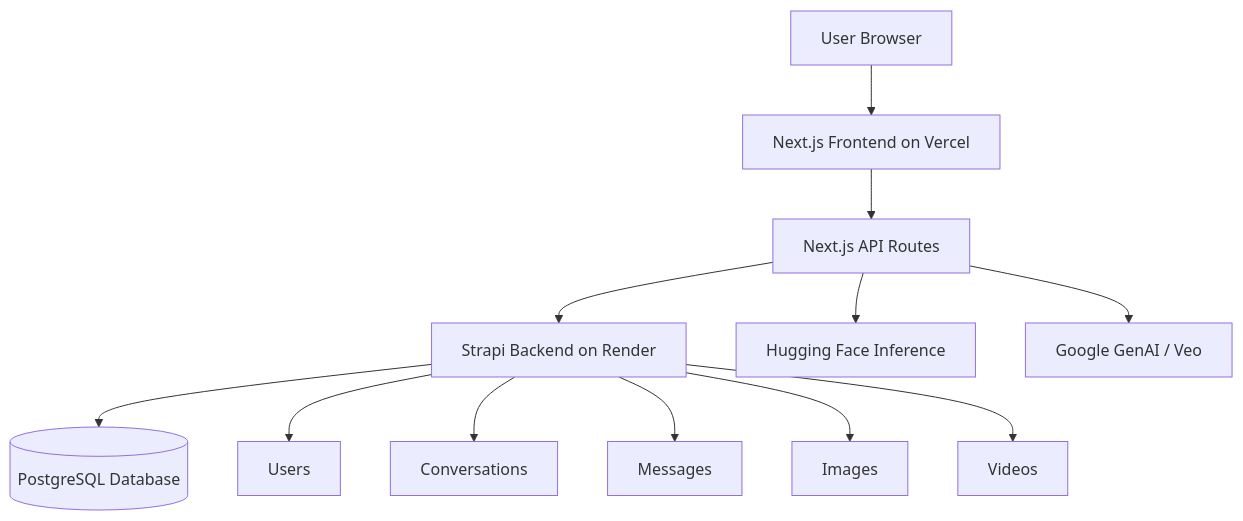
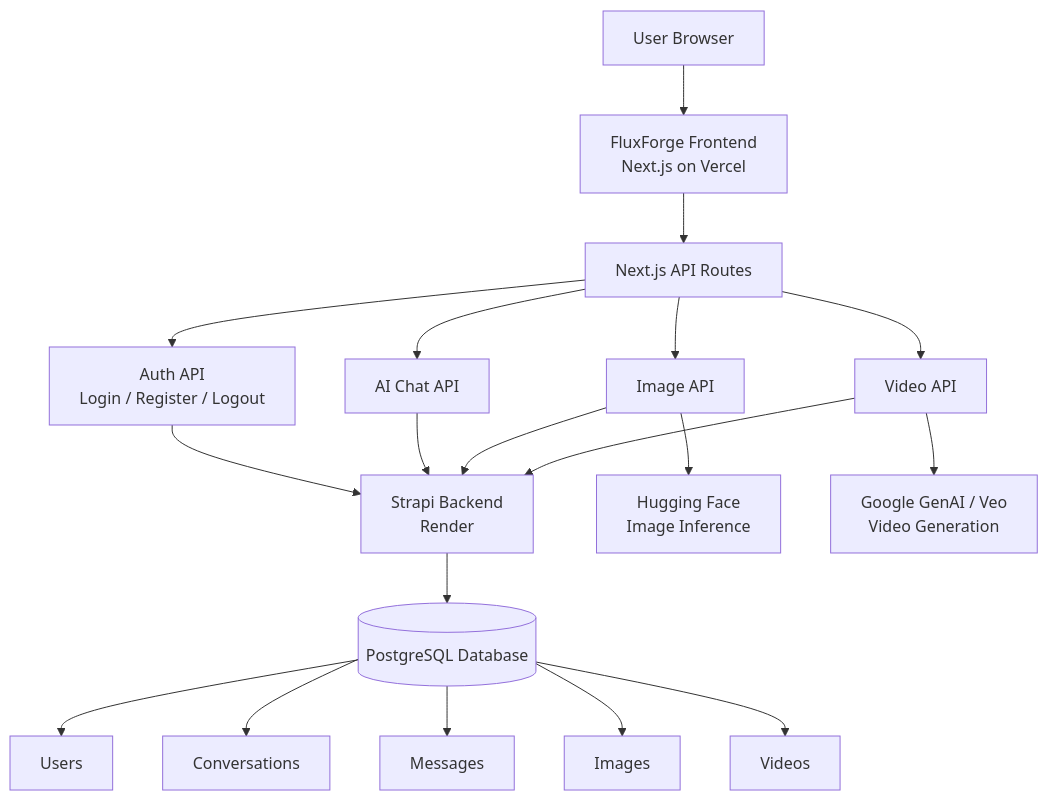
The diagram in README.md (UjjwalKumarKannojiya/Ai-SaaS), drawn with Mermaid before and after one commit. The commit also changed other lines of this file, not shown here.

````diff
--- a/README.md
+++ b/README.md
@@ -134,16 +272,27 @@
 ```mermaid
 flowchart TD
-    A[User Browser] --> B[Next.js Frontend on Vercel]
-    B --> C[Next.js API Routes]
-    C --> D[Strapi Backend on Render]
-    D --> E[(PostgreSQL Database)]
+    A["User Browser"] --> B["FluxForge Frontend<br/>Next.js on Vercel"]
 
-    C --> F[Hugging Face Inference]
-    C --> G[Google GenAI / Veo]
+    B --> C["Next.js API Routes"]
 
-    D --> H[Users]
-    D --> I[Conversations]
-    D --> J[Messages]
-    D --> K[Images]
-    D --> L[Videos]
+    C --> D["Auth API<br/>Login / Register / Logout"]
+    C --> E["AI Chat API"]
+    C --> F["Image API"]
+    C --> G["Video API"]
+
+    D --> H["Strapi Backend<br/>Render"]
+    E --> H
+    F --> H
+    G --> H
+
+    F --> I["Hugging Face<br/>Image Inference"]
+    G --> J["Google GenAI / Veo<br/>Video Generation"]
+
+    H --> K[("PostgreSQL Database")]
+
+    K --> L["Users"]
+    K --> M["Conversations"]
+    K --> N["Messages"]
+    K --> O["Images"]
+    K --> P["Videos"]
 ```
````
